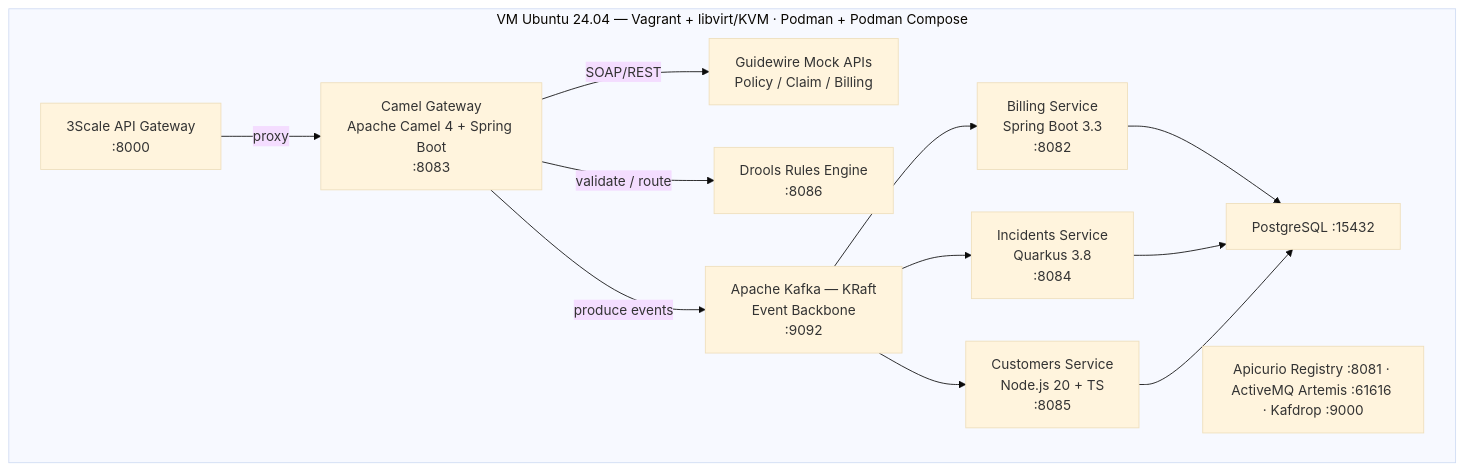
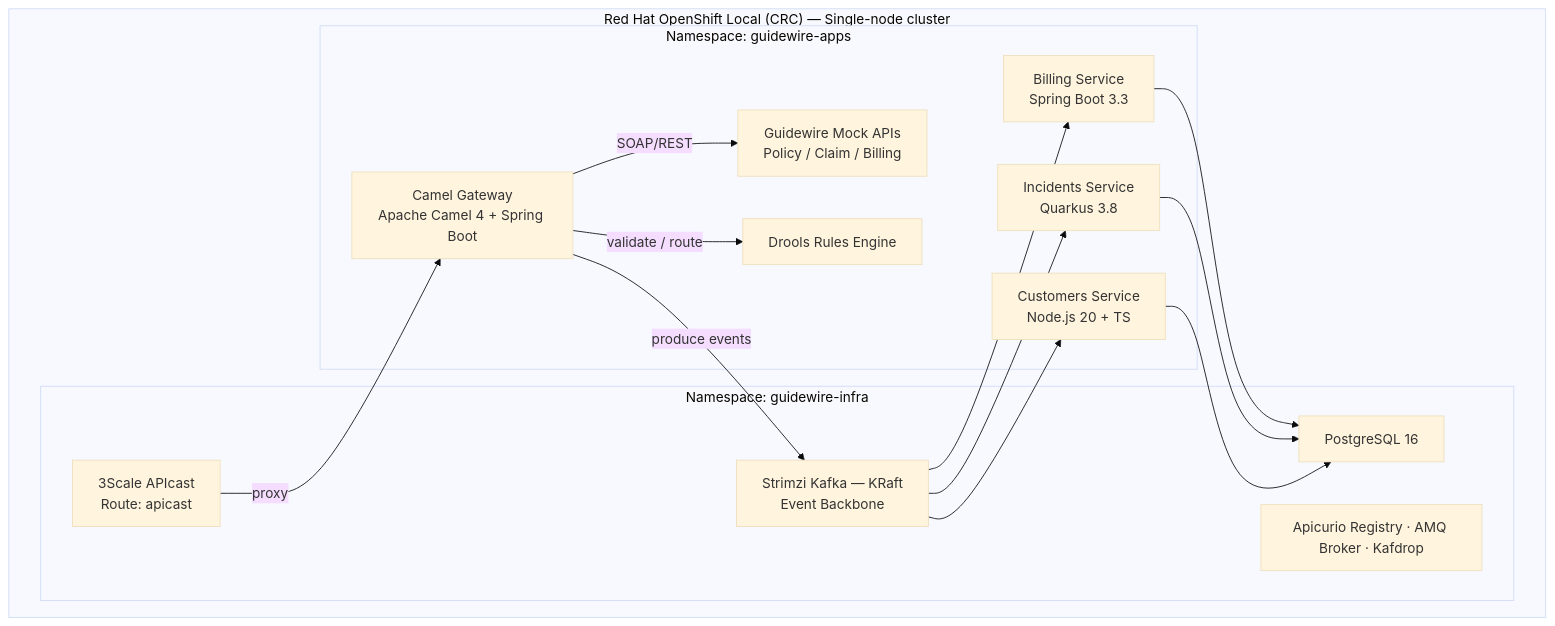
One commit to monghithub/guidewire changed the first of 2 diagrams in README.md. Above: the diagram before and after it, drawn with Mermaid (base theme). The commit also changed other lines of this file and 67 other files, not shown here.

First line of the commit message:
feat: migrate lab environment from Vagrant to Red Hat OpenShift Local (CRC)

````diff
--- a/README.md
+++ b/README.md
@@ -9,26 +9,31 @@
 ```mermaid
 graph TD
-    subgraph VM["VM Ubuntu 24.04 — Vagrant + libvirt/KVM · Podman + Podman Compose"]
-        threescale["3Scale API Gateway<br/>:8000"]
-        camel["Camel Gateway<br/>Apache Camel 4 + Spring Boot<br/>:8083"]
-        gw["Guidewire Mock APIs<br/>Policy / Claim / Billing"]
-        drools["Drools Rules Engine<br/>:8086"]
-        kafka["Apache Kafka — KRaft<br/>Event Backbone<br/>:9092"]
-        billing["Billing Service<br/>Spring Boot 3.3<br/>:8082"]
-        incidents["Incidents Service<br/>Quarkus 3.8<br/>:8084"]
-        customers["Customers Service<br/>Node.js 20 + TS<br/>:8085"]
-        pg["PostgreSQL :15432"]
-        support["Apicurio Registry :8081 · ActiveMQ Artemis :61616 · Kafdrop :9000"]
+    subgraph CRC["Red Hat OpenShift Local (CRC) — Single-node cluster"]
+        subgraph infra["Namespace: guidewire-infra"]
+            threescale["3Scale APIcast<br/>Route: apicast"]
+            kafka["Strimzi Kafka — KRaft<br/>Event Backbone"]
+            pg["PostgreSQL 16"]
+            support["Apicurio Registry · AMQ Broker · Kafdrop"]
+        end
+
+        subgraph apps["Namespace: guidewire-apps"]
+            camel["Camel Gateway<br/>Apache Camel 4 + Spring Boot"]
+            gw["Guidewire Mock APIs<br/>Policy / Claim / Billing"]
+            drools["Drools Rules Engine"]
+            billing["Billing Service<br/>Spring Boot 3.3"]
+            incidents["Incidents Service<br/>Quarkus 3.8"]
+            customers["Customers Service<br/>Node.js 20 + TS"]
+        end
 
         threescale -->|proxy| camel
         camel -->|SOAP/REST| gw
         camel -->|validate / route| drools
         camel -->|produce events| kafka
         kafka --> billing
         kafka --> incidents
         kafka --> customers
         billing --> pg
         incidents --> pg
         customers --> pg
     end
 ```
````
